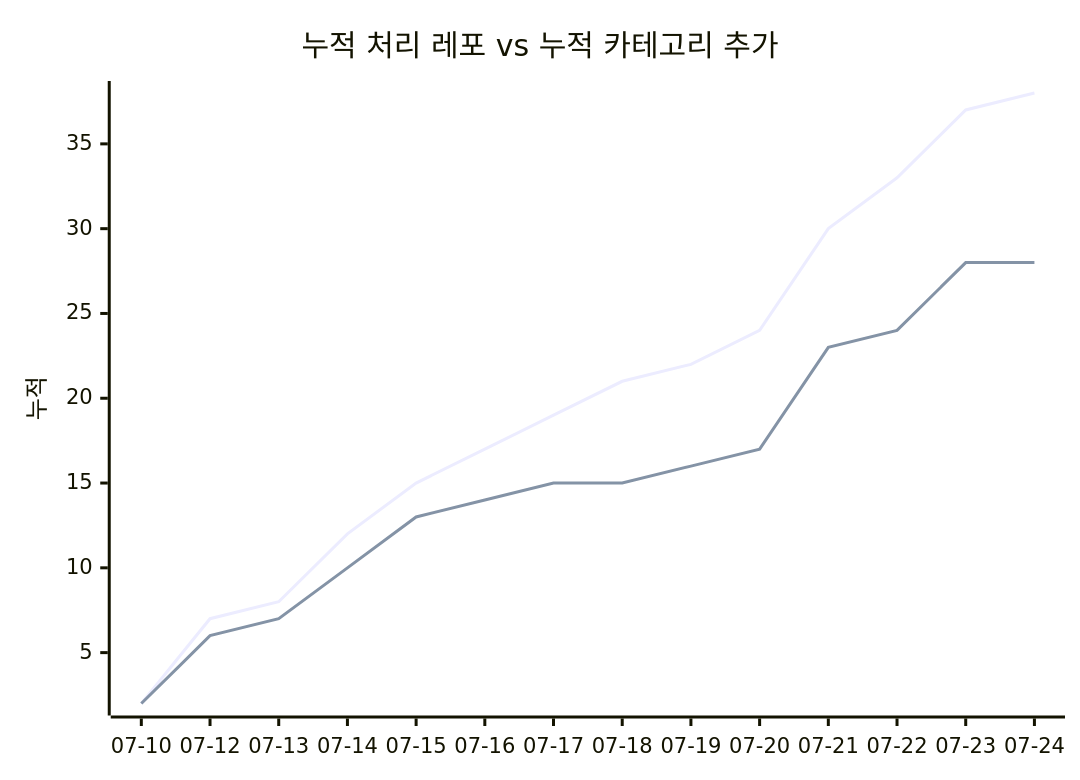
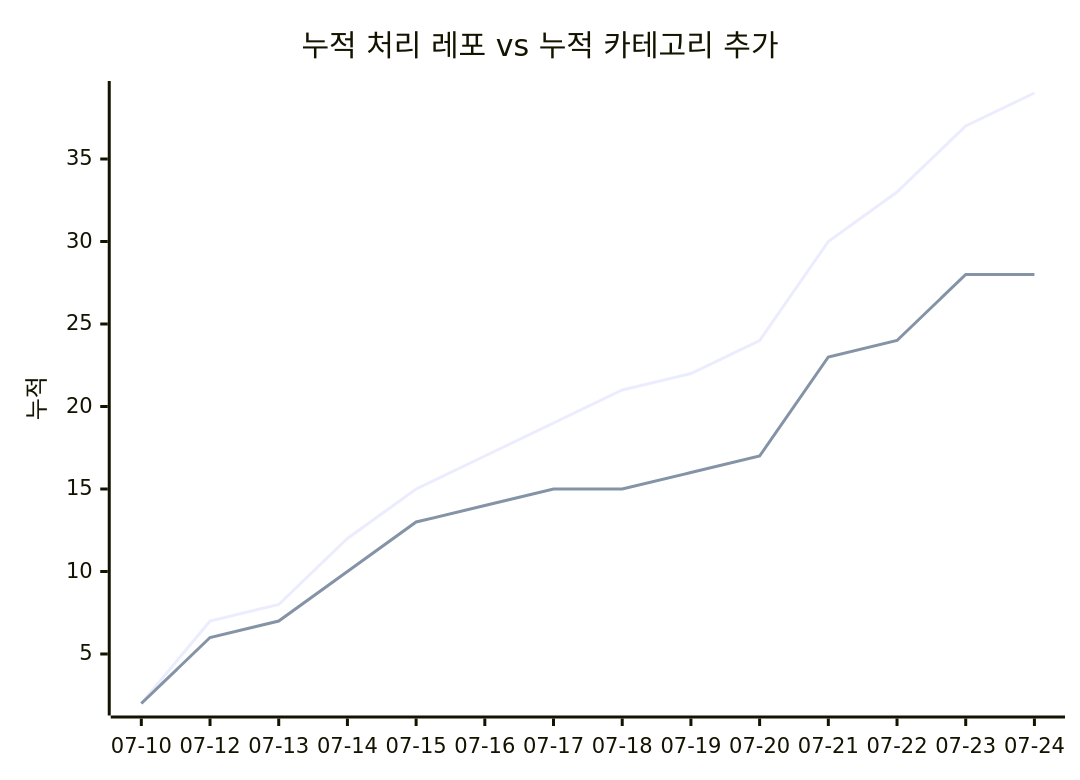
One commit to J-nowcow/awesome-korean-agent-skills changed the second of 2 diagrams in docs/trends.md. Above: the diagram before and after it, drawn with Mermaid. The commit also changed other lines of this file and 2 other files, not shown here.

````diff
--- a/docs/trends.md
+++ b/docs/trends.md
@@ -68,8 +68,8 @@
 ```mermaid
 xychart-beta
     title "누적 처리 레포 vs 누적 카테고리 추가"
     x-axis ["07-10","07-12","07-13","07-14","07-15","07-16","07-17","07-18","07-19","07-20","07-21","07-22","07-23","07-24"]
     y-axis "누적"
-    line [2,7,8,12,15,17,19,21,22,24,30,33,37,38]
+    line [2,7,8,12,15,17,19,21,22,24,30,33,37,39]
     line [2,6,7,10,13,14,15,15,16,17,23,24,28,28]
 ```
````
